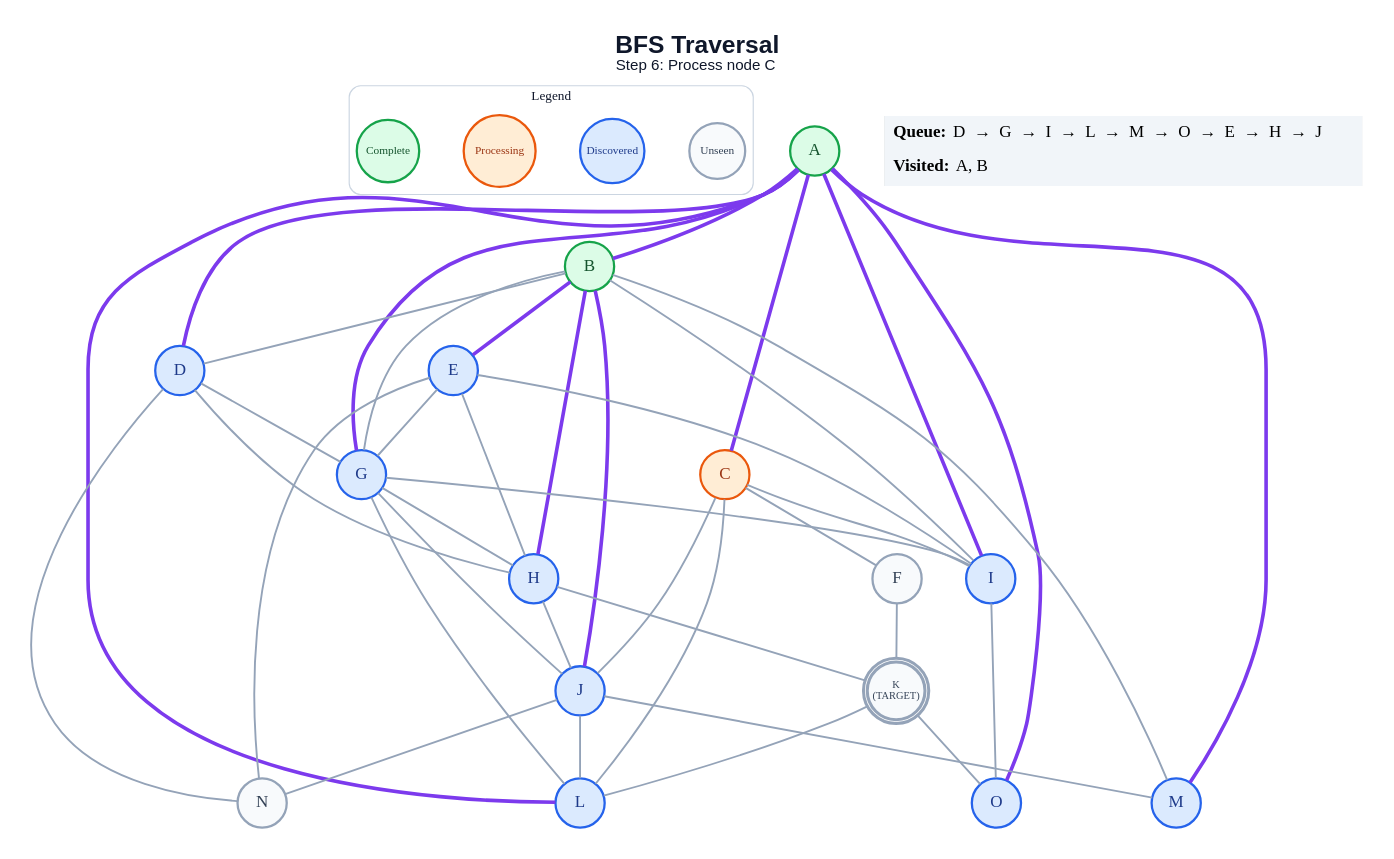
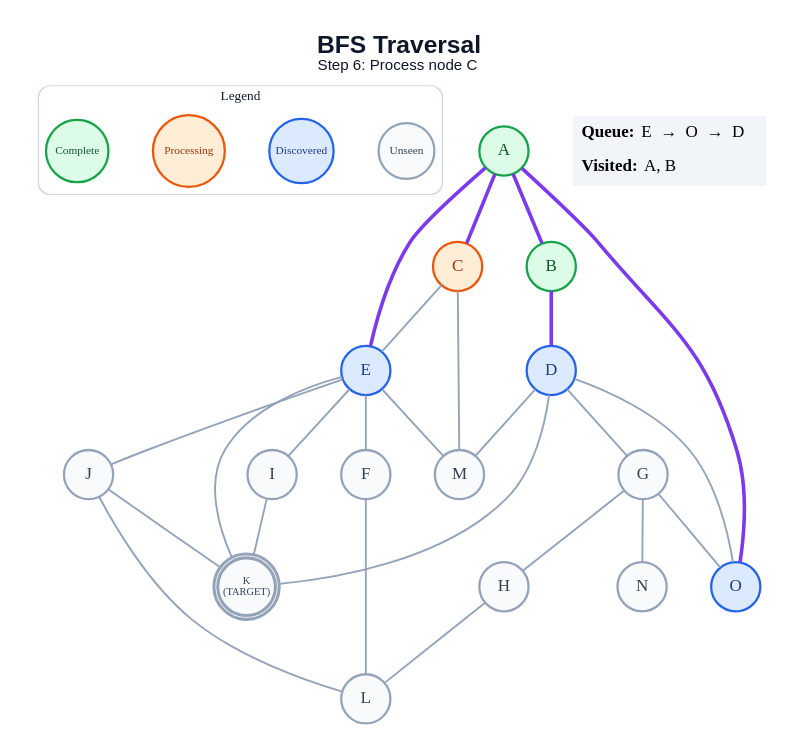
The diagram in generated/bfs/step_06.dot (anon7238593-create/ai-slop), drawn with Graphviz before and after one commit. The commit also changed 289 other files, not shown here.

```diff
--- a/generated/bfs/step_06.dot
+++ b/generated/bfs/step_06.dot
@@ -1,73 +1,58 @@
 graph traversal {
   graph [layout=dot, rankdir=TB, bgcolor="#FFFFFF", pad="0.35", nodesep="0.65", ranksep="0.8", fontname="Arial"];
   node [shape=circle, style="filled", fontname="Arial Bold", fontsize=18, width=0.72, fixedsize=true, penwidth=2.4];
   edge [color="#94A3B8", penwidth=2.0];
   label=<<B>BFS Traversal</B><BR/><FONT POINT-SIZE="16">Step 6: Process node C</FONT>>; labelloc="t"; fontsize=26; fontname="Arial"; fontcolor="#0F172A";
   subgraph cluster_legend { label="Legend"; color="#CBD5E1"; penwidth=1.2; style="rounded"; fontsize=14; fontname="Arial Bold";
     key_unseen [label="Unseen", fillcolor="#F8FAFC", color="#94A3B8", fontcolor="#334155", fontsize=12, width=0.82];
     key_frontier [label="Discovered", fillcolor="#DBEAFE", color="#2563EB", fontcolor="#1E3A8A", fontsize=12, width=0.95];
     key_current [label="Processing", fillcolor="#FFEDD5", color="#EA580C", fontcolor="#9A3412", fontsize=12, width=1.05];
     key_done [label="Complete", fillcolor="#DCFCE7", color="#16A34A", fontcolor="#14532D", fontsize=12, width=0.92];
     { rank=same; key_unseen; key_frontier; key_current; key_done; }
   }
   A [label="A", fillcolor="#DCFCE7", color="#16A34A", fontcolor="#14532D", peripheries=1, penwidth=2.4];
   B [label="B", fillcolor="#DCFCE7", color="#16A34A", fontcolor="#14532D", peripheries=1, penwidth=2.4];
   C [label="C", fillcolor="#FFEDD5", color="#EA580C", fontcolor="#9A3412", peripheries=1, penwidth=2.4];
   D [label="D", fillcolor="#DBEAFE", color="#2563EB", fontcolor="#1E3A8A", peripheries=1, penwidth=2.4];
   E [label="E", fillcolor="#DBEAFE", color="#2563EB", fontcolor="#1E3A8A", peripheries=1, penwidth=2.4];
   F [label="F", fillcolor="#F8FAFC", color="#94A3B8", fontcolor="#334155", peripheries=1, penwidth=2.4];
-  G [label="G", fillcolor="#DBEAFE", color="#2563EB", fontcolor="#1E3A8A", peripheries=1, penwidth=2.4];
-  H [label="H", fillcolor="#DBEAFE", color="#2563EB", fontcolor="#1E3A8A", peripheries=1, penwidth=2.4];
-  I [label="I", fillcolor="#DBEAFE", color="#2563EB", fontcolor="#1E3A8A", peripheries=1, penwidth=2.4];
-  J [label="J", fillcolor="#DBEAFE", color="#2563EB", fontcolor="#1E3A8A", peripheries=1, penwidth=2.4];
+  G [label="G", fillcolor="#F8FAFC", color="#94A3B8", fontcolor="#334155", peripheries=1, penwidth=2.4];
+  H [label="H", fillcolor="#F8FAFC", color="#94A3B8", fontcolor="#334155", peripheries=1, penwidth=2.4];
+  I [label="I", fillcolor="#F8FAFC", color="#94A3B8", fontcolor="#334155", peripheries=1, penwidth=2.4];
+  J [label="J", fillcolor="#F8FAFC", color="#94A3B8", fontcolor="#334155", peripheries=1, penwidth=2.4];
   K [label="K\n(TARGET)", fillcolor="#F8FAFC", color="#94A3B8", fontcolor="#334155", peripheries=2, penwidth=3.2, fontsize=11, width=0.85, height=0.85];
-  L [label="L", fillcolor="#DBEAFE", color="#2563EB", fontcolor="#1E3A8A", peripheries=1, penwidth=2.4];
-  M [label="M", fillcolor="#DBEAFE", color="#2563EB", fontcolor="#1E3A8A", peripheries=1, penwidth=2.4];
+  L [label="L", fillcolor="#F8FAFC", color="#94A3B8", fontcolor="#334155", peripheries=1, penwidth=2.4];
+  M [label="M", fillcolor="#F8FAFC", color="#94A3B8", fontcolor="#334155", peripheries=1, penwidth=2.4];
   N [label="N", fillcolor="#F8FAFC", color="#94A3B8", fontcolor="#334155", peripheries=1, penwidth=2.4];
   O [label="O", fillcolor="#DBEAFE", color="#2563EB", fontcolor="#1E3A8A", peripheries=1, penwidth=2.4];
   A -- B [color="#7C3AED", penwidth=3.8];
   A -- C [color="#7C3AED", penwidth=3.8];
-  A -- D [color="#7C3AED", penwidth=3.8];
-  A -- G [color="#7C3AED", penwidth=3.8];
-  A -- I [color="#7C3AED", penwidth=3.8];
-  A -- L [color="#7C3AED", penwidth=3.8];
-  A -- M [color="#7C3AED", penwidth=3.8];
+  A -- E [color="#7C3AED", penwidth=3.8];
   A -- O [color="#7C3AED", penwidth=3.8];
-  B -- D;
-  B -- E [color="#7C3AED", penwidth=3.8];
-  B -- G;
-  B -- H [color="#7C3AED", penwidth=3.8];
-  B -- I;
-  B -- J [color="#7C3AED", penwidth=3.8];
-  B -- M;
-  C -- F;
-  C -- I;
-  C -- J;
-  C -- L;
+  B -- D [color="#7C3AED", penwidth=3.8];
+  C -- E;
+  C -- M;
   D -- G;
-  D -- H;
-  D -- N;
-  E -- G;
-  E -- H;
+  D -- K;
+  D -- M;
+  D -- O;
+  E -- F;
   E -- I;
-  E -- N;
-  F -- K;
+  E -- J;
+  E -- K;
+  E -- M;
+  F -- L;
   G -- H;
-  G -- I;
-  G -- J;
-  G -- L;
-  H -- J;
-  H -- K;
-  I -- O;
+  G -- N;
+  G -- O;
+  H -- L;
+  I -- K;
+  J -- K;
   J -- L;
-  J -- M;
-  J -- N;
-  K -- L;
-  K -- O;
   status [shape=plain, fixedsize=false, width=0, height=0, margin=0, label=<
     <TABLE BORDER="0" CELLBORDER="0" CELLPADDING="7" BGCOLOR="#F1F5F9">
-      <TR><TD ALIGN="LEFT"><B>Queue:</B> D  →  G  →  I  →  L  →  M  →  O  →  E  →  H  →  J</TD></TR>
+      <TR><TD ALIGN="LEFT"><B>Queue:</B> E  →  O  →  D</TD></TR>
       <TR><TD ALIGN="LEFT"><B>Visited:</B> A, B</TD></TR>
     </TABLE>
   >];
 }
```
